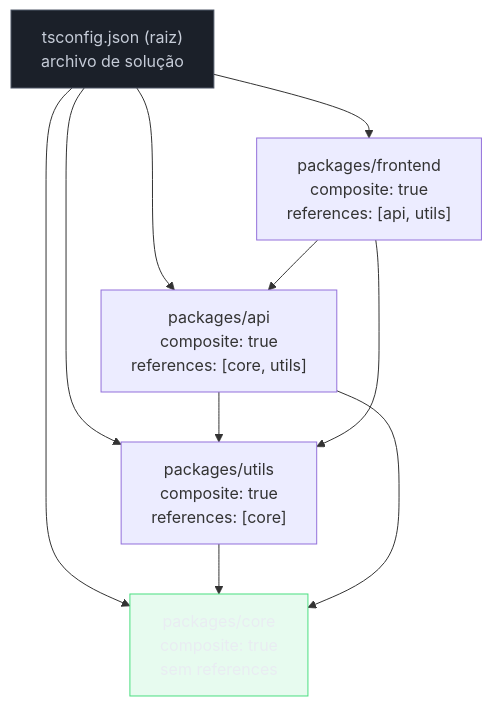
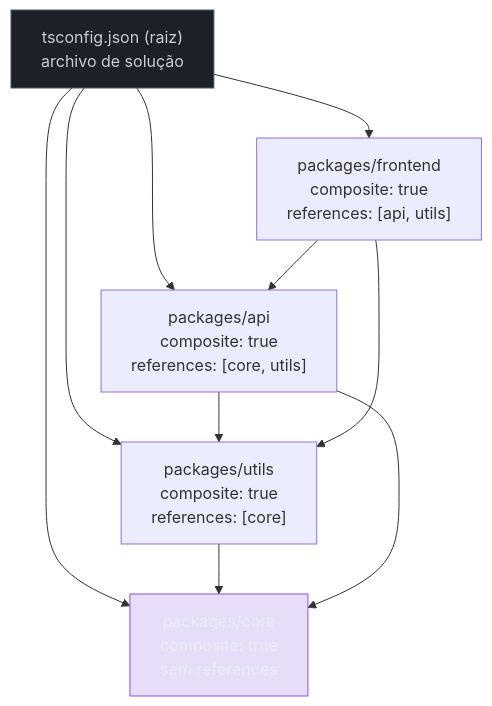
Before and after one commit to josenaldo/codex-technomanticus: the fifth of 8 diagrams in 03-Dominios/Tecnologia/TypeScript/25 - TypeScript em escala - performance do compilador e project references.md, drawn with Mermaid. The commit also changed other lines of this file and 601 other files, not shown here.

````diff
--- a/03-Dominios/Tecnologia/TypeScript/25 - TypeScript em escala - performance do compilador e project references.md
+++ b/03-Dominios/Tecnologia/TypeScript/25 - TypeScript em escala - performance do compilador e project references.md
@@ -323,19 +323,19 @@
 ```mermaid
 graph TD
+    classDef marca fill:#8855DF33,stroke:#8855DF,color:#E9ECF2
     classDef neutro fill:#1B2029,stroke:#4E5666,color:#C6CCD8
-    classDef ok fill:#4ADE8021,stroke:#4ADE80,color:#E9ECF2
     ROOT["tsconfig.json (raiz)\narchivo de solução"]
 
     CORE["packages/core\ncomposite: true\nsem references"]
     UTILS["packages/utils\ncomposite: true\nreferences: [core]"]
     API["packages/api\ncomposite: true\nreferences: [core, utils]"]
     FE["packages/frontend\ncomposite: true\nreferences: [api, utils]"]
 
     ROOT --> CORE & UTILS & API & FE
     UTILS --> CORE
     API --> CORE & UTILS
     FE --> API & UTILS
 
     class ROOT neutro
-    class CORE ok
+    class CORE marca
 ```
````
